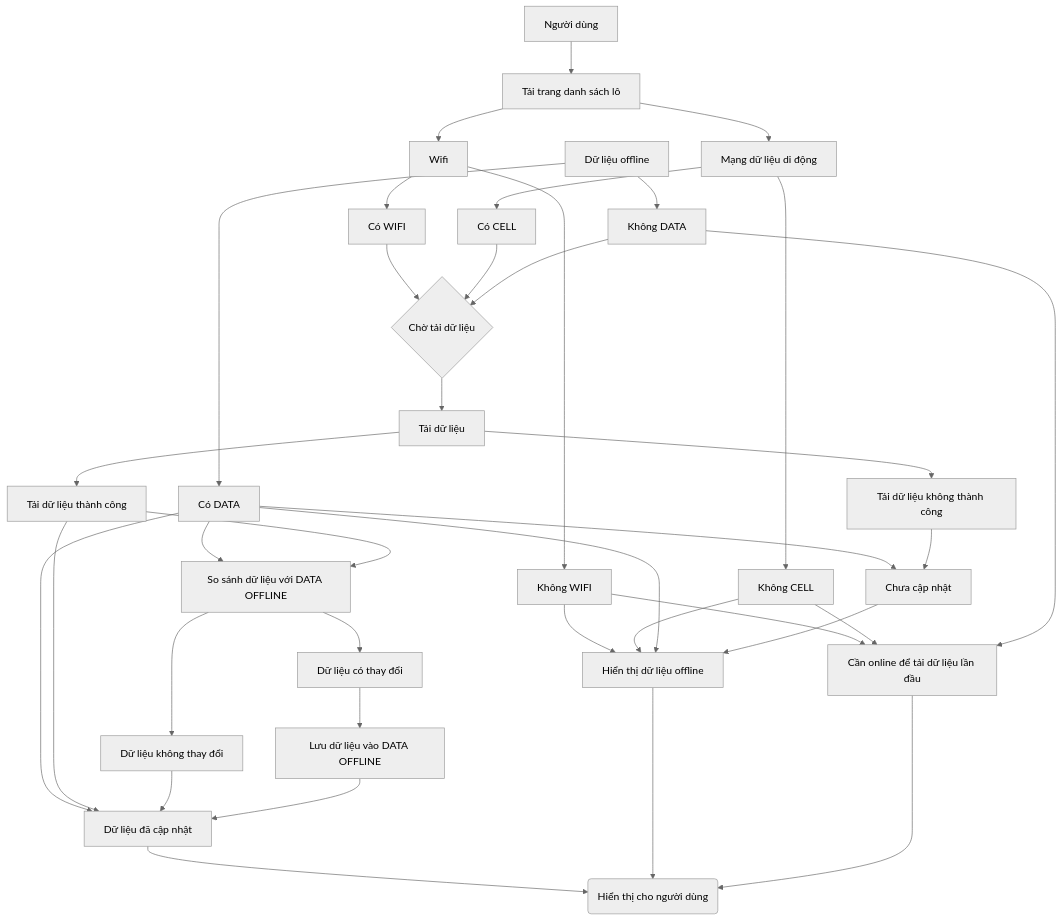
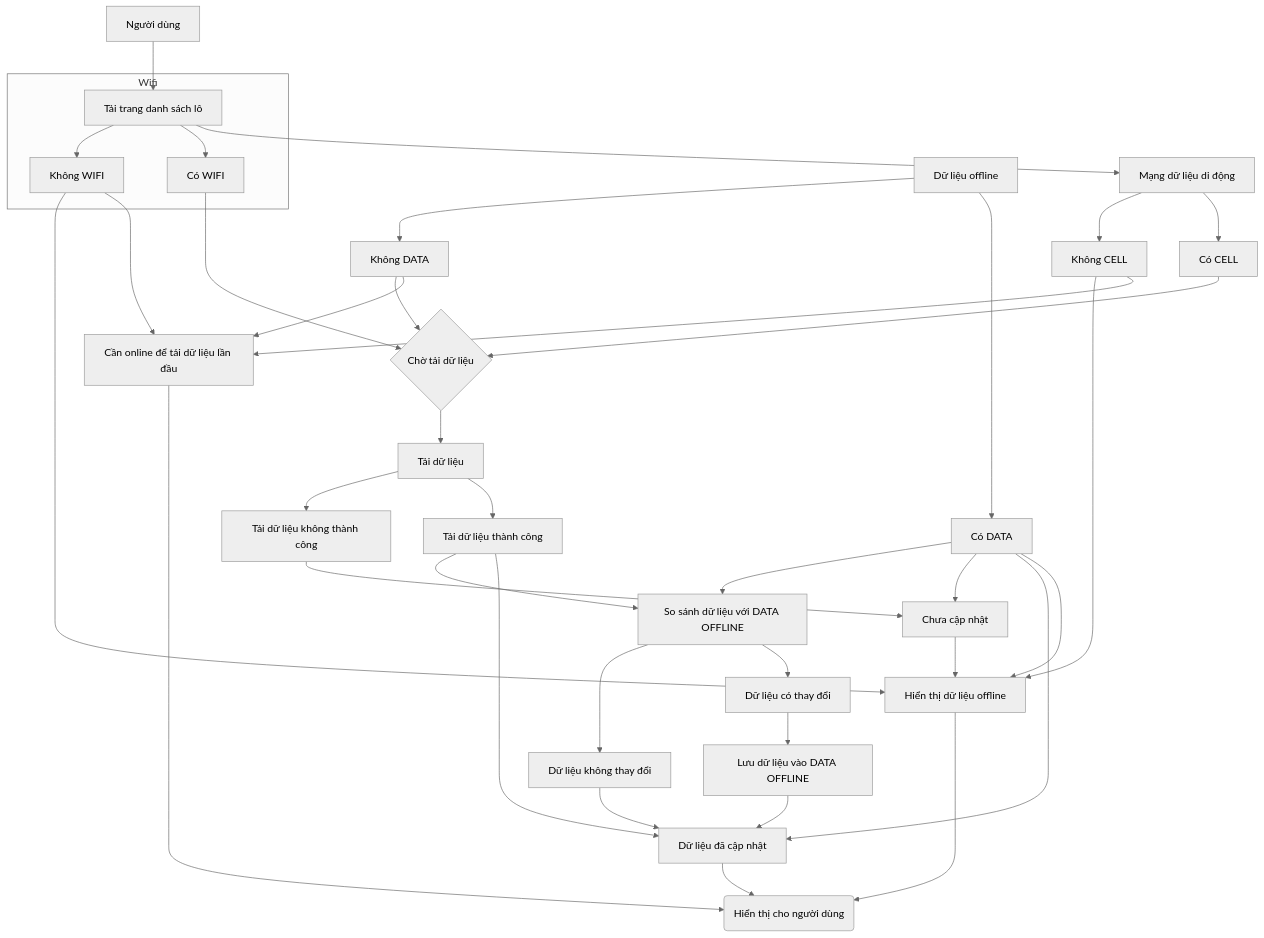
One commit to trethanhphat/tre-thanh-phat-pwa-docs changed the diagram in docs/batches-flow.md. Above: the diagram before and after it, drawn with Mermaid (neutral theme).

```diff
--- a/docs/batches-flow.md
+++ b/docs/batches-flow.md
@@ -6,7 +6,7 @@
 
 
 USER --> LOAD
-LOAD --> WIFI
+
 LOAD --> CELL
 
 
@@ -17,11 +17,10 @@
 
 
 
-WIFI["Wifi"]
-
-WIFI --> WIFI-Y["Có WIFI"]
-WIFI --> WIFI-N["Không WIFI"]
-
+subgraph WIFI["Wifi"]
+    LOAD --> WIFI-Y["Có WIFI"]
+    LOAD --> WIFI-N["Không WIFI"]
+end
 
 
 DATA["Dữ liệu offline"]
```
